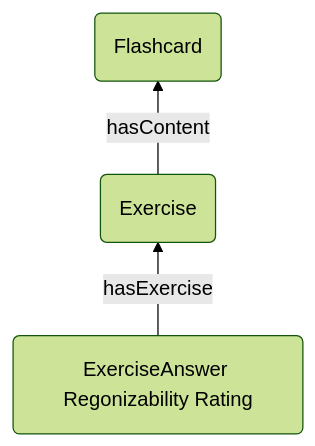
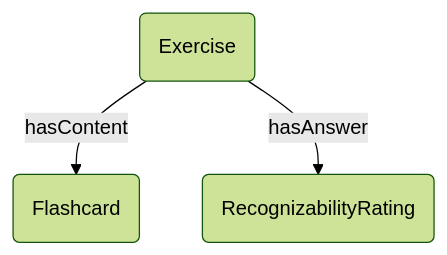
Before and after one commit to Explik/diybirdyapp: the seventh of 10 diagrams in docs/graph-representation.md, drawn with Mermaid (forest theme). The commit also changed other lines of this file, not shown here.

Commit message:
Updating graph representation prior to development

````diff
--- a/docs/graph-representation.md
+++ b/docs/graph-representation.md
@@ -88,9 +93,9 @@
 ```mermaid
-graph BT
-V1(Exercise)
-V2(Flashcard)
-V3(ExerciseAnswer Regonizability Rating)
+graph TB
+Exercise(Exercise)
+Flashcard(Flashcard)
+RecognizabilityRating(RecognizabilityRating)
 
-V1--hasContent-->V2
-V3--hasExercise-->V1
+Exercise--hasContent-->Flashcard
+Exercise--hasAnswer-->RecognizabilityRating
 ```
````
